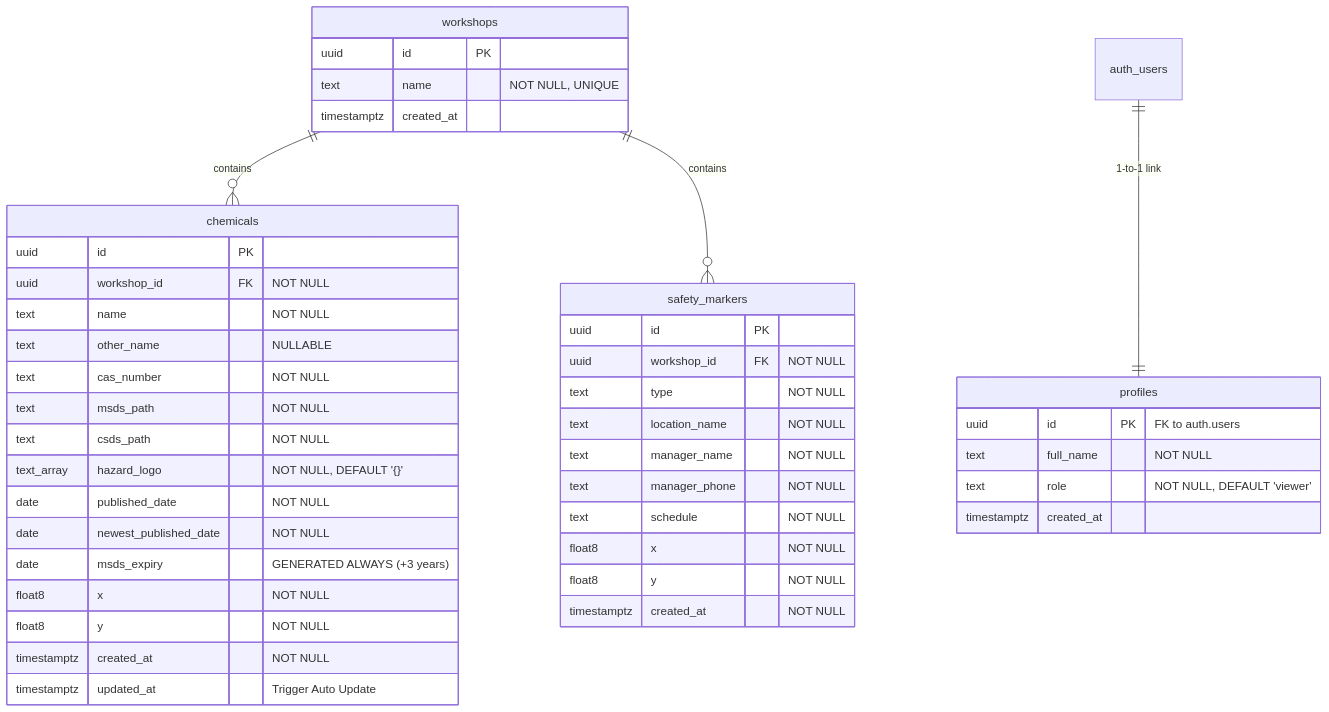
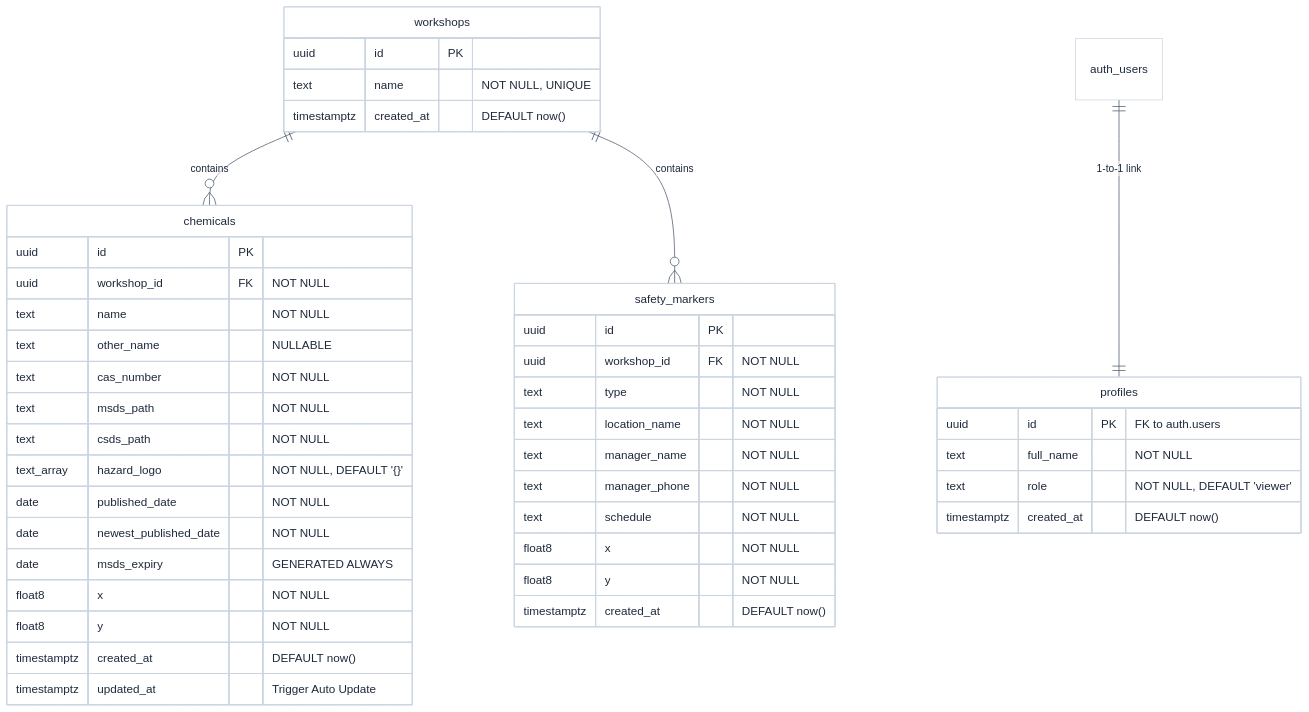
One commit to kneknew/tremon_hse changed the second of 5 diagrams in README.md. Above: the diagram before and after it, drawn with Mermaid. The commit also changed other lines of this file, not shown here.

First line of the commit message:
Enhance README with updated project details and diagrams

````diff
--- a/README.md
+++ b/README.md
@@ -69,50 +82,61 @@
 ```mermaid
+%%{init: {
+  'theme': 'base',
+  'themeVariables': { 
+    'primaryColor': '#ffffff', 
+    'primaryBorderColor': '#cbd5e1', 
+    'primaryTextColor': '#1e293b', 
+    'lineColor': '#475569', 
+    'attributeBackgroundColorOdd': '#f8fafc', 
+    'attributeBackgroundColorEven': '#ffffff'
+  }
+}}%%
 erDiagram
     workshops ||--o{ chemicals : "contains"
     workshops ||--o{ safety_markers : "contains"
     auth_users ||--|| profiles : "1-to-1 link"
 
     workshops {
         uuid id PK
         text name "NOT NULL, UNIQUE"
-        timestamptz created_at
+        timestamptz created_at "DEFAULT now()"
     }
 
     profiles {
         uuid id PK "FK to auth.users"
         text full_name "NOT NULL"
         text role "NOT NULL, DEFAULT 'viewer'"
-        timestamptz created_at
+        timestamptz created_at "DEFAULT now()"
     }
 
     chemicals {
         uuid id PK
         uuid workshop_id FK "NOT NULL"
         text name "NOT NULL"
         text other_name "NULLABLE"
         text cas_number "NOT NULL"
         text msds_path "NOT NULL"
         text csds_path "NOT NULL"
         text_array hazard_logo "NOT NULL, DEFAULT '{}'"
         date published_date "NOT NULL"
         date newest_published_date "NOT NULL"
-        date msds_expiry "GENERATED ALWAYS (+3 years)"
+        date msds_expiry "GENERATED ALWAYS"
         float8 x "NOT NULL"
         float8 y "NOT NULL"
-        timestamptz created_at "NOT NULL"
+        timestamptz created_at "DEFAULT now()"
         timestamptz updated_at "Trigger Auto Update"
     }
 
     safety_markers {
         uuid id PK
         uuid workshop_id FK "NOT NULL"
         text type "NOT NULL"
         text location_name "NOT NULL"
         text manager_name "NOT NULL"
         text manager_phone "NOT NULL"
         text schedule "NOT NULL"
         float8 x "NOT NULL"
         float8 y "NOT NULL"
-        timestamptz created_at "NOT NULL"
+        timestamptz created_at "DEFAULT now()"
     }
 ```
````
